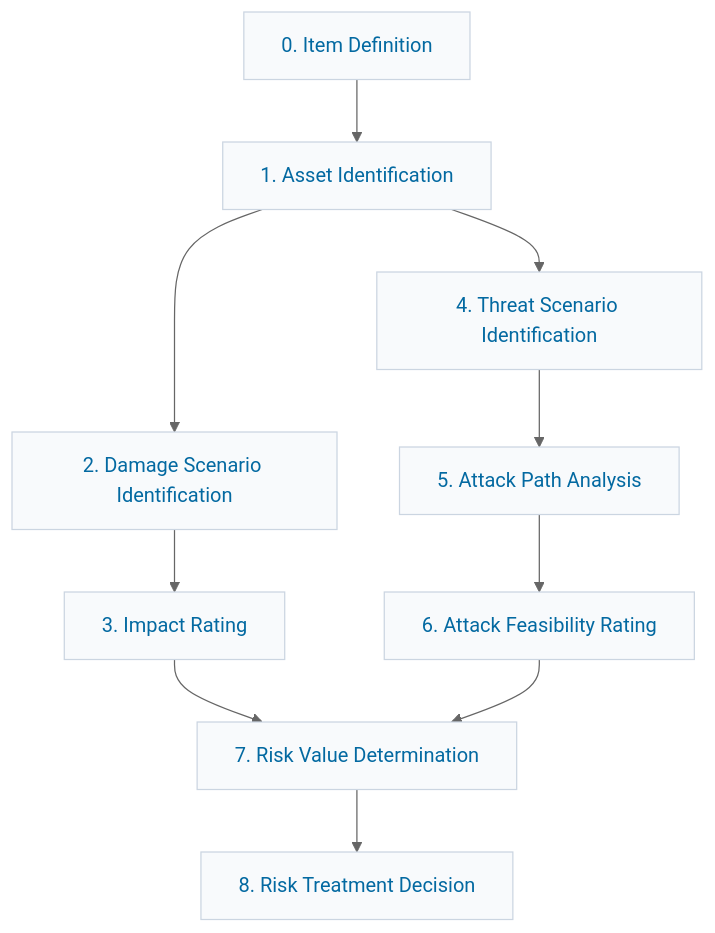
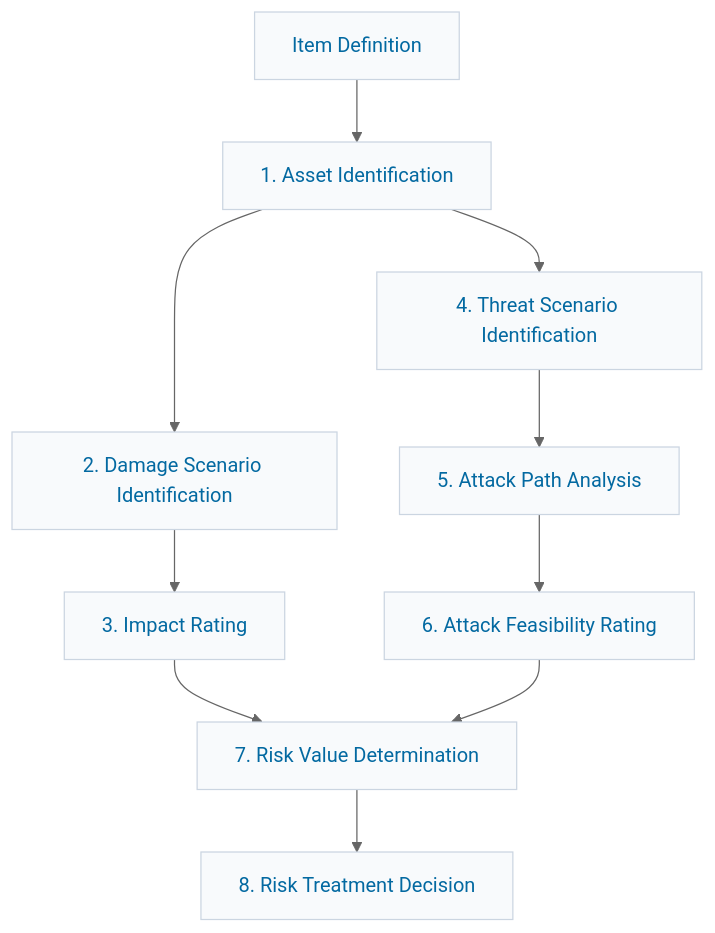
The diagram in docs/internal/concepts/wireframes/analysis.md (thi-taramisu/taramisu), drawn with Mermaid (neutral theme) before and after one commit. The commit also changed other lines of this file and 2 other files, not shown here.

````diff
--- a/docs/internal/concepts/wireframes/analysis.md
+++ b/docs/internal/concepts/wireframes/analysis.md
@@ -4,13 +4,13 @@
 ``` mermaid
 graph TD
-    0[0. Item Definition] --> 1[1. Asset Identification]
+    0[Item Definition] --> 1[1. Asset Identification]
     1 --> 2[2. Damage Scenario Identification]
     1 --> 4[4. Threat Scenario Identification]
     2 --> 3[3. Impact Rating]
     4 --> 5[5. Attack Path Analysis]
     5 --> 6[6. Attack Feasibility Rating]
     3 --> 7[7. Risk Value Determination]
     6 --> 7
     7 --> 8[8. Risk Treatment Decision]
     classDef default fill:#f8fafc,stroke:#cbd5e1,stroke-width:1px,color:#0369a1;
 ```
````
